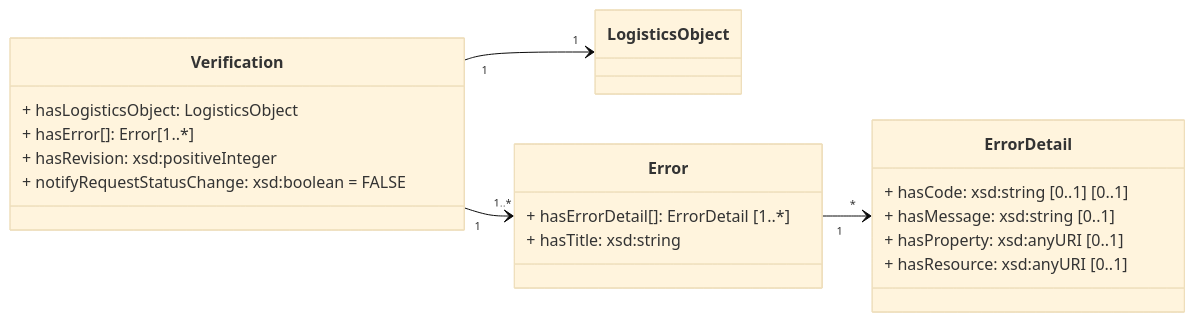
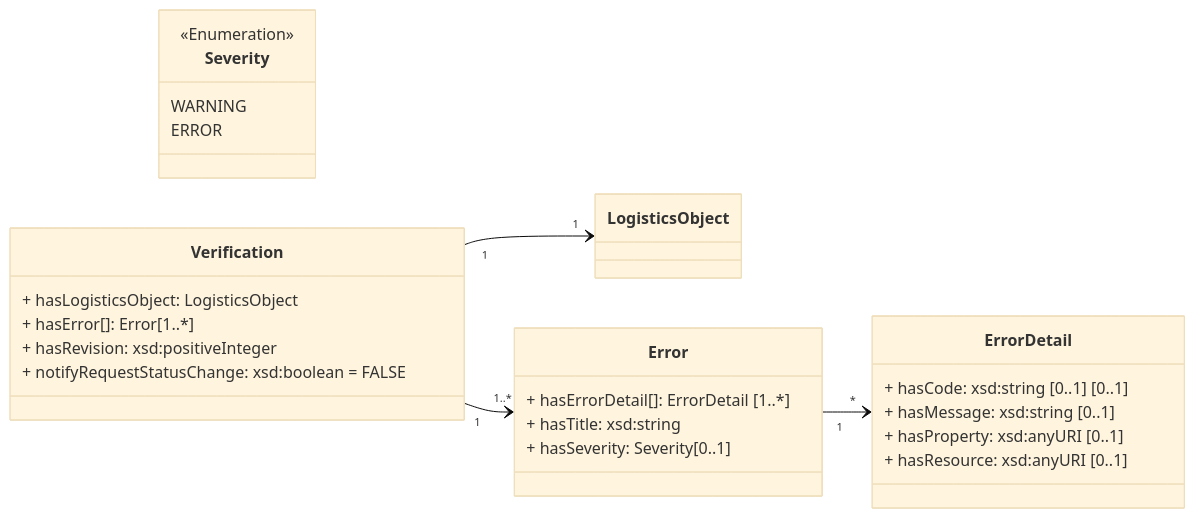
One commit to IATA-Cargo/ONE-Record changed the second of 2 diagrams in Documentation_website/docs/API-Security/verifications.md. Above: the diagram before and after it, drawn with Mermaid (base theme). The commit also changed 8 other files, not shown here.

Commit message:
Implement has severity Issue #317

````diff
--- a/Documentation_website/docs/API-Security/verifications.md
+++ b/Documentation_website/docs/API-Security/verifications.md
@@ -59,31 +59,39 @@
 ```mermaid
     classDiagram
 
     direction LR   
 
     class LogisticsObject{                
     }
 
     class Error{        
         + hasErrorDetail[]: ErrorDetail [1..*]
         + hasTitle: xsd:string
+        + hasSeverity: Severity[0..1]
+
     }
     Error "1" --> "*" ErrorDetail
+
+    class Severity{
+        <<Enumeration>>
+        WARNING
+        ERROR
+    }
     
     class ErrorDetail{
         + hasCode: xsd:string  [0..1] [0..1]
         + hasMessage: xsd:string [0..1]
         + hasProperty: xsd:anyURI [0..1]
         + hasResource: xsd:anyURI [0..1]
     }
     
 
     class Verification{      
         + hasLogisticsObject: LogisticsObject
         + hasError[]: Error[1..*]        
         + hasRevision: xsd:positiveInteger        
         + notifyRequestStatusChange: xsd:boolean = FALSE
     }
     Verification "1" --> "1" LogisticsObject
     Verification "1" --> "1..*" Error
 ```
````
